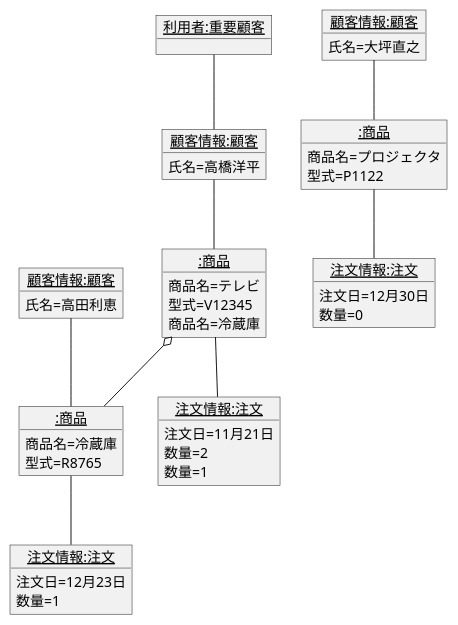
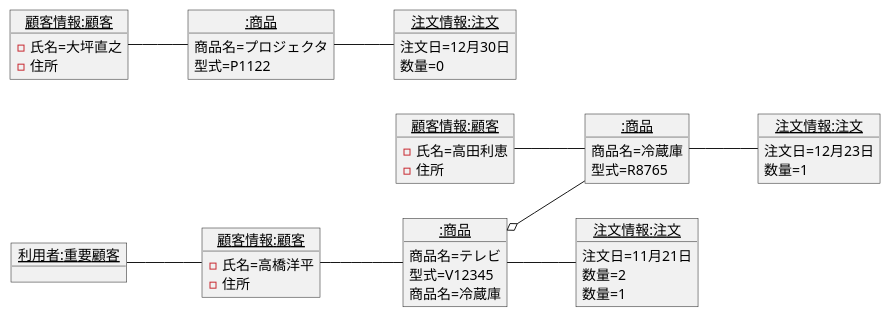
One commit to kamideteshuuto/uml-introduction changed the diagram in 演習3-7_OBJ_注文のオブジェクト図.pu. Above: the diagram before and after it, drawn with PlantUML. The commit also changed 17 other files, not shown here.

```diff
--- a/演習3-7_OBJ_注文のオブジェクト図.pu
+++ b/演習3-7_OBJ_注文のオブジェクト図.pu
@@ -1,50 +1,52 @@
 @startuml kuruma
-' left to right direction
+left to right direction
 object "<u>利用者:重要顧客</u>" as  importuser{
 }
 object "<u>顧客情報:顧客</u>" as user1 {
-氏名=高橋洋平
+-氏名=高橋洋平
+-住所
 }
 object "<u>顧客情報:顧客</u>" as user2 {
-氏名=高田利恵
+-氏名=高田利恵
+-住所
 }
 object "<u>顧客情報:顧客</u>" as user3 {
-氏名=大坪直之
+-氏名=大坪直之
+-住所
 }
 object "<u>:商品</u>" as product1 {
 商品名=テレビ
 型式=V12345
 商品名=冷蔵庫
 }
 object "<u>:商品</u>" as product2 {
 商品名=冷蔵庫
 型式=R8765
 }
 object "<u>:商品</u>" as product3 {
 商品名=プロジェクタ
 型式=P1122
 }
 object "<u>注文情報:注文</u>" as order1 {
 注文日=11月21日
 数量=2
 数量=1
 }
 object "<u>注文情報:注文</u>" as order3 {
 注文日=12月23日
 数量=1
 }
 object "<u>注文情報:注文</u>" as order4 {
 注文日=12月30日
 数量=0
 }
 
-product1 o-- product2 
 importuser -- user1
 user1 -- product1
 user2 -- product2
 user3 -- product3
 product1 -- order1
-
+product1 o-- product2 
 product2 -- order3
 product3 -- order4
 @enduml
```
